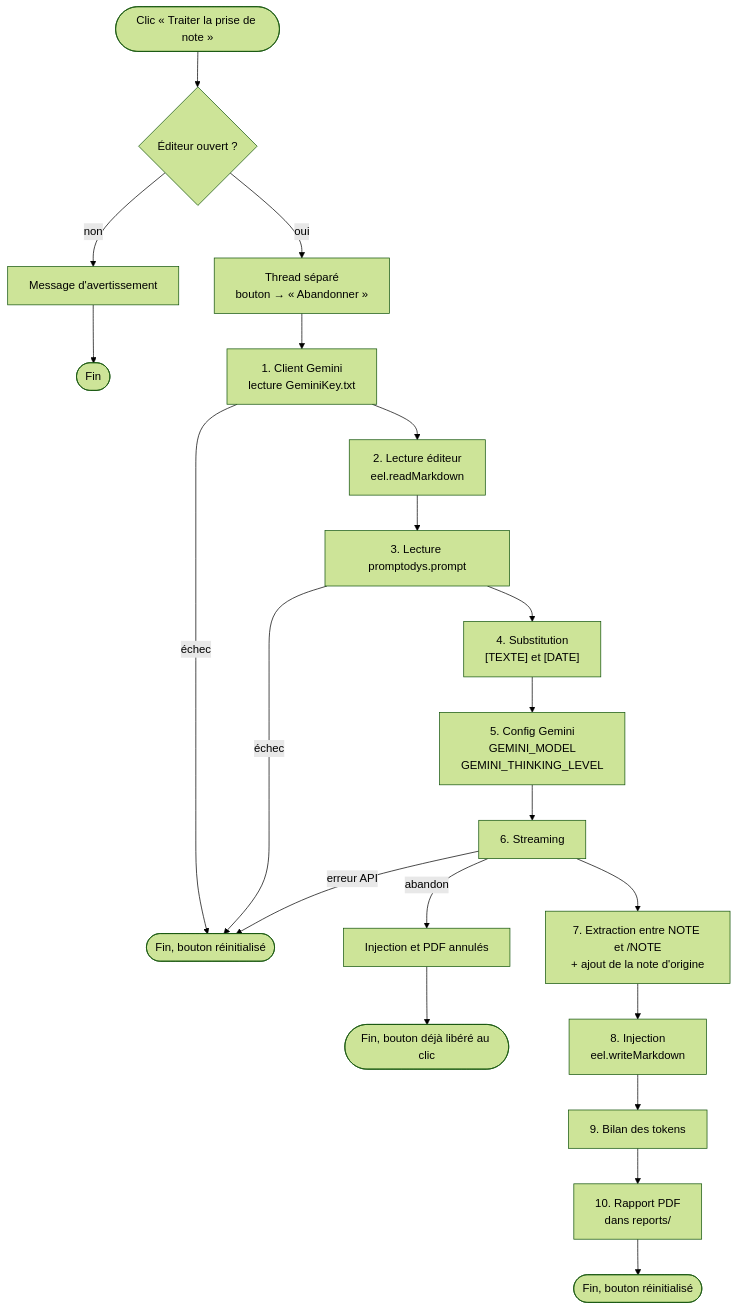
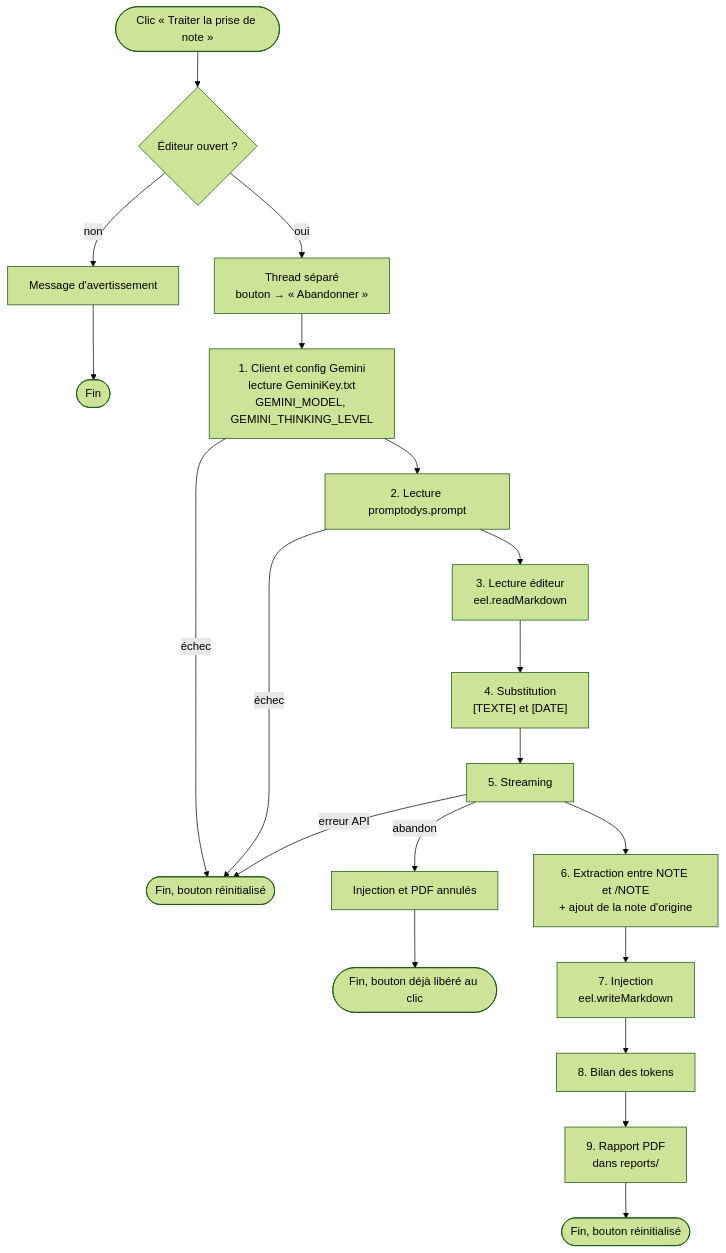
Before and after one commit to lecinquiemejour-code/PromptoDYS_app: the first of 8 diagrams in doc/WORKFLOW_GEMINI.md, drawn with Mermaid (forest theme). The commit also changed other lines of this file and 6 other files, not shown here.

````diff
--- a/doc/WORKFLOW_GEMINI.md
+++ b/doc/WORKFLOW_GEMINI.md
@@ -30,23 +35,22 @@
 ```mermaid
 flowchart TD
     START(["Clic « Traiter la prise de note »"]) --> CHK{"Éditeur ouvert ?"}
     CHK -- non --> WARN["Message d'avertissement"] --> FIN0(["Fin"])
     CHK -- oui --> THREAD["Thread séparé<br/>bouton → « Abandonner »"]
 
-    THREAD --> E1["1. Client Gemini<br/>lecture GeminiKey.txt"]
+    THREAD --> E1["1. Client et config Gemini<br/>lecture GeminiKey.txt<br/>GEMINI_MODEL, GEMINI_THINKING_LEVEL"]
     E1 -- échec --> ERR(["Fin, bouton réinitialisé"])
-    E1 --> E2["2. Lecture éditeur<br/>eel.readMarkdown"]
-    E2 --> E3["3. Lecture promptodys.prompt"]
-    E3 -- échec --> ERR
+    E1 --> E2["2. Lecture promptodys.prompt"]
+    E2 -- échec --> ERR
+    E2 --> E3["3. Lecture éditeur<br/>eel.readMarkdown"]
     E3 --> E4["4. Substitution<br/>[TEXTE] et [DATE]"]
-    E4 --> E5["5. Config Gemini<br/>GEMINI_MODEL<br/>GEMINI_THINKING_LEVEL"]
-    E5 --> E6["6. Streaming"]
+    E4 --> E5["5. Streaming"]
 
-    E6 -- abandon --> ABORT["Injection et PDF annulés"] --> FINA(["Fin, bouton déjà libéré au clic"])
-    E6 -- erreur API --> ERR
-    E6 --> E7["7. Extraction entre NOTE et /NOTE<br/>+ ajout de la note d'origine"]
-    E7 --> E8["8. Injection<br/>eel.writeMarkdown"]
-    E8 --> E9["9. Bilan des tokens"]
-    E9 --> E10["10. Rapport PDF<br/>dans reports/"]
-    E10 --> FIN(["Fin, bouton réinitialisé"])
+    E5 -- abandon --> ABORT["Injection et PDF annulés"] --> FINA(["Fin, bouton déjà libéré au clic"])
+    E5 -- erreur API --> ERR
+    E5 --> E6["6. Extraction entre NOTE et /NOTE<br/>+ ajout de la note d'origine"]
+    E6 --> E7["7. Injection<br/>eel.writeMarkdown"]
+    E7 --> E8["8. Bilan des tokens"]
+    E8 --> E9["9. Rapport PDF<br/>dans reports/"]
+    E9 --> FIN(["Fin, bouton réinitialisé"])
 ```
````
